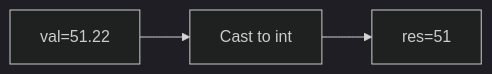
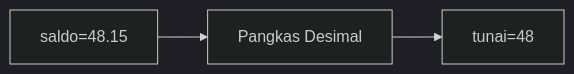
One commit to amnahwaida/OSNK_INF_PREP changed the fourth of 25 diagrams in part-c-pemahaman-cpp/01-tipe-data/latihan/set-02.md. Above: the diagram before and after it, drawn with Mermaid (dark theme). The commit also changed other lines of this file and 71 other files, not shown here.

````diff
--- a/part-c-pemahaman-cpp/01-tipe-data/latihan/set-02.md
+++ b/part-c-pemahaman-cpp/01-tipe-data/latihan/set-02.md
@@ -103,5 +107,5 @@
 ```mermaid
 graph LR
-A["val=51.22"] --> B["Cast to int"]
-B --> C["res=51"]
+A["saldo=48.15"] --> B["Pangkas Desimal"]
+B --> C["tunai=48"]
 ```
````
